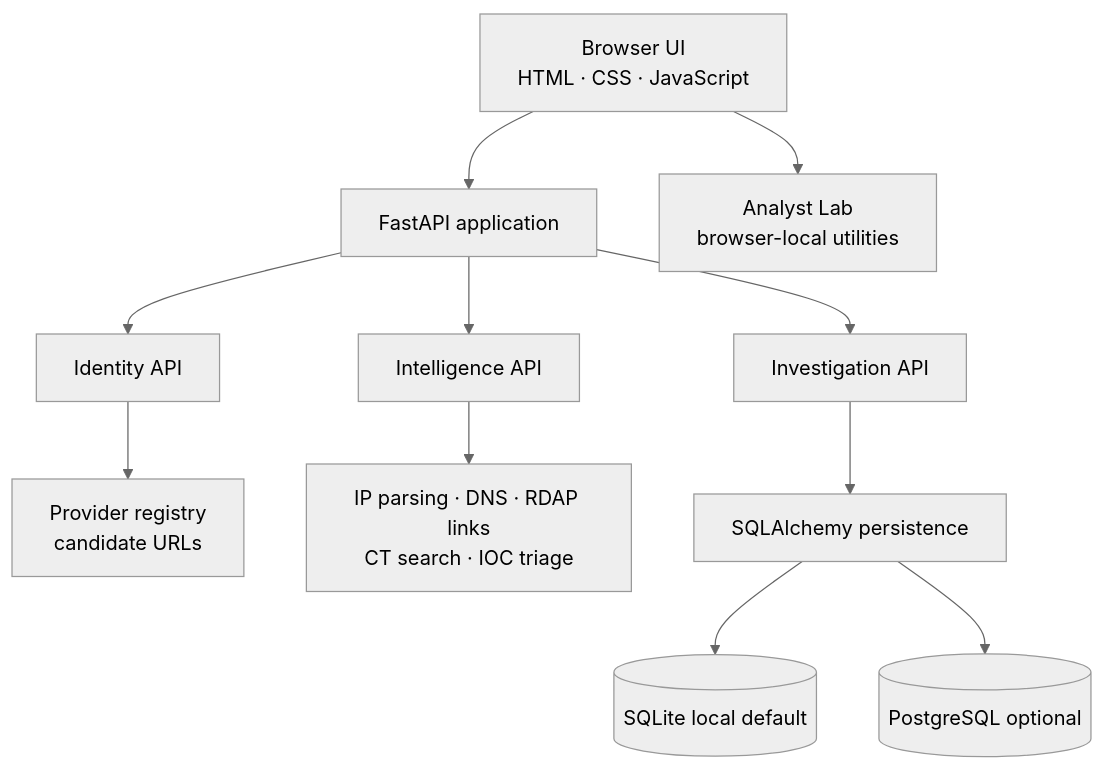
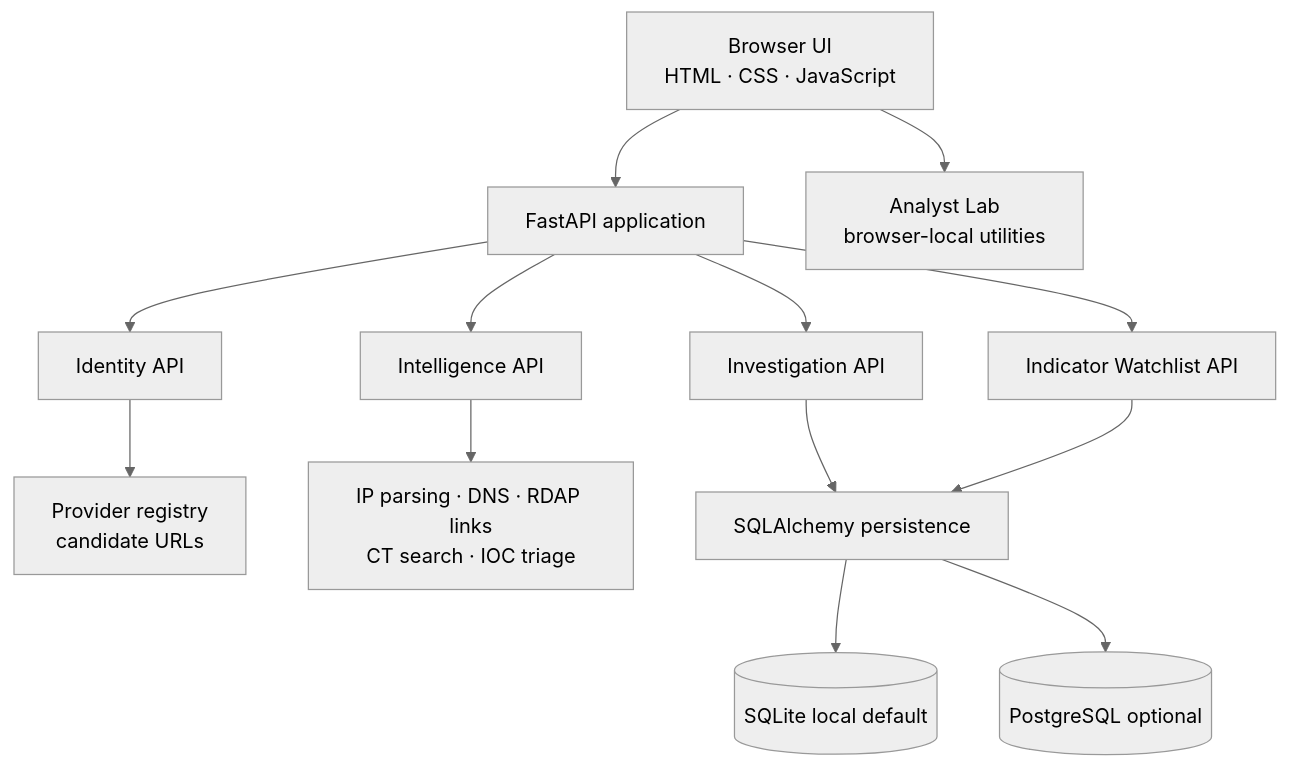
One commit to raxwqx/OMNITRACE changed the diagram in README.md. Above: the diagram before and after it, drawn with Mermaid (neutral theme). The commit also changed other lines of this file and 24 other files, not shown here.

Commit message:
feat: v0.6.0 Indicator Watchlist, hardening, and docs (#3)

````diff
--- a/README.md
+++ b/README.md
@@ -115,13 +129,15 @@
 ```mermaid
 flowchart TD
     A[Browser UI<br/>HTML · CSS · JavaScript] --> B[FastAPI application]
     B --> C[Identity API]
     B --> D[Intelligence API]
     B --> E[Investigation API]
+    B --> L[Indicator Watchlist API]
     C --> F[Provider registry<br/>candidate URLs]
     D --> G[IP parsing · DNS · RDAP links<br/>CT search · IOC triage]
     E --> H[SQLAlchemy persistence]
+    L --> H
     H --> I[(SQLite local default)]
     H --> J[(PostgreSQL optional)]
     A --> K[Analyst Lab<br/>browser-local utilities]
 ```
````
